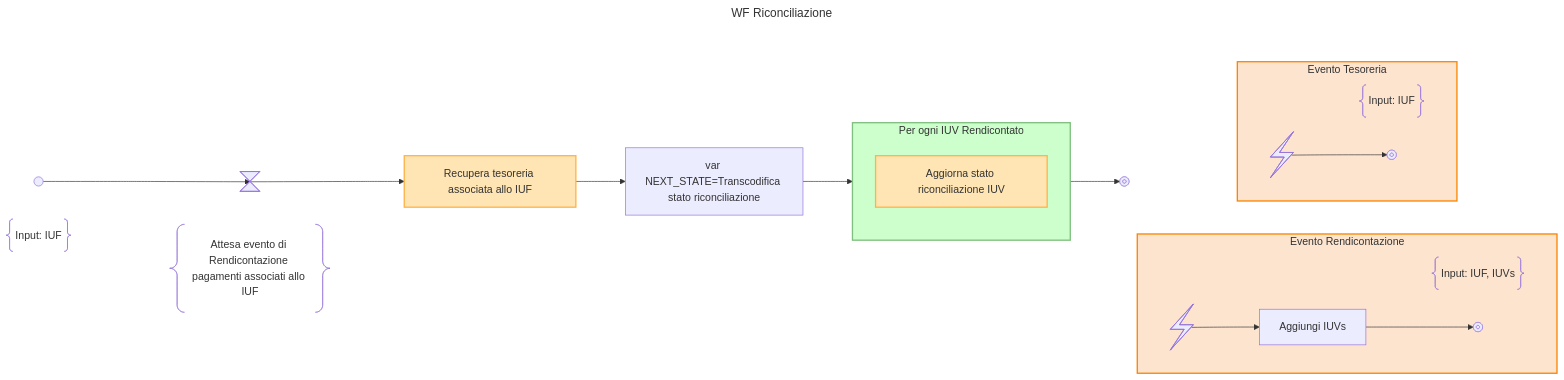
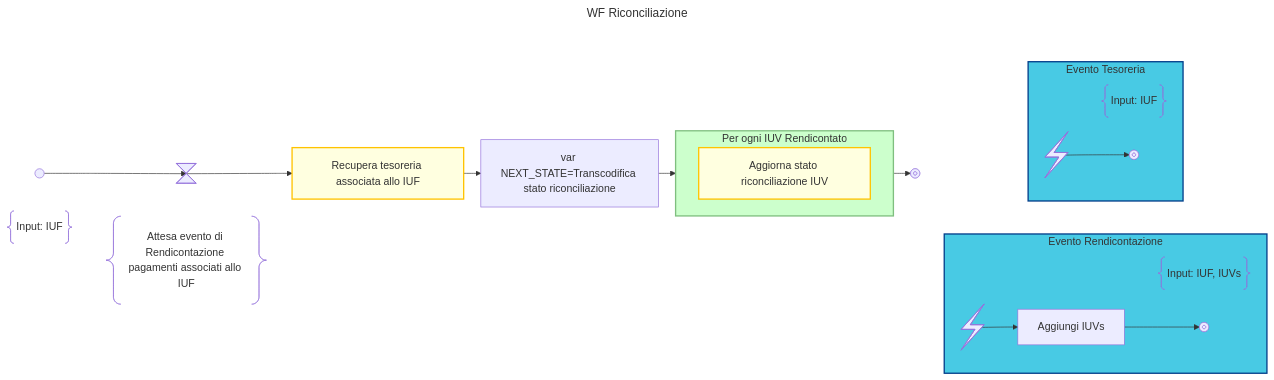
The diagram in design/workflow/riconciliazione/riconciliazione.mmd (pagopa/p4pa-doc), drawn with Mermaid before and after one commit. The commit also changed 10 other files, not shown here.

```diff
--- a/design/workflow/riconciliazione/riconciliazione.mmd
+++ b/design/workflow/riconciliazione/riconciliazione.mmd
@@ -1,58 +1,61 @@
 ---
 title: WF Riconciliazione
+config:
+    flowchart:
+        rankSpacing: 1
 ---
 flowchart TD
     subgraph SIGNALS_BLOCK
     direction LR
         subgraph SIGNAL_RENDICONTAZIONE_BLOCK["Evento Rendicontazione"]
         direction LR
             DESCRIPTION_SIGNAL_RENDICONTAZIONE@{ shape: braces, label: "Input: IUF, IUVs" }
             SIGNAL_RENDICONTAZIONE@{ shape: bolt }
             SIGNAL_RENDICONTAZIONE --> ADD_IUVS["Aggiungi IUVs "]
             ADD_IUVS --> SIGNAL_RENDICONTAZIONE_END@{ shape: "stop" }
         end
         class SIGNAL_RENDICONTAZIONE_BLOCK signal_block
 
         subgraph SIGNAL_TESORERIA_BLOCK["Evento Tesoreria"]
         direction LR
             DESCRIPTION_SIGNAL_TESORERIA@{ shape: braces, label: "Input: IUF" }
             SIGNAL_TESORERIA@{ shape: bolt }
             SIGNAL_TESORERIA --> SIGNAL_TESORERIAE_END@{ shape: "stop" }
         end
         class SIGNAL_TESORERIA_BLOCK signal_block
     end
     class SIGNALS_BLOCK hidden
 
     subgraph WF_BLOCK
         subgraph NOTE_START_BLOCK
             DESCRIPTION@{ shape: braces, label: "Input: IUF" }
             START@{shape: start}
         end
         class NOTE_START_BLOCK hidden
 
         START --> WAIT_RENDICONTAZIONE@{shape: hourglass}
 
         subgraph NOTE_WAIT_RENDICONTAZIONE_BLOCK[" "]
             WAIT_RENDICONTAZIONE
             NOTE_WAIT_RENDICONTAZIONE@{ shape: braces, label: "Attesa evento di Rendicontazione pagamenti associati allo IUF" }
         end
         class NOTE_WAIT_RENDICONTAZIONE_BLOCK note_block
 
         WAIT_RENDICONTAZIONE --> FIND_TESORERIA_IUF:::activity@{label: "Recupera tesoreria associata allo IUF"}
         FIND_TESORERIA_IUF --> SET_NEXT_STATE["var NEXT_STATE=Transcodifica stato riconciliazione"]
         SET_NEXT_STATE --> LOOP
 
         subgraph LOOP["Per ogni IUV Rendicontato"]
             UPDATE_IUV_STATE:::activity@{label: "Aggiorna stato riconciliazione IUV"}
         end
 
         LOOP --> END@{shape: stop}
         class LOOP loop
     end
     class WF_BLOCK hidden
 
-    classDef signal_block fill:#fde4cf, stroke:#fb8500, stroke-width:2px;
     classDef note_block display:none;
     classDef hidden display:none;
-    classDef activity fill:#FFE5B4, stroke:#FFB347, stroke-width:2px;
+    classDef activity fill:#FFFFE0, stroke:#ffc300, stroke-width:2px;
     classDef loop fill:#CCFFCC, stroke:#7FBF7F, stroke-width:2px, padding-bottom: 5px;
+    classDef signal_block fill:#48cae4, stroke:#023e8a, stroke-width:2px
```
